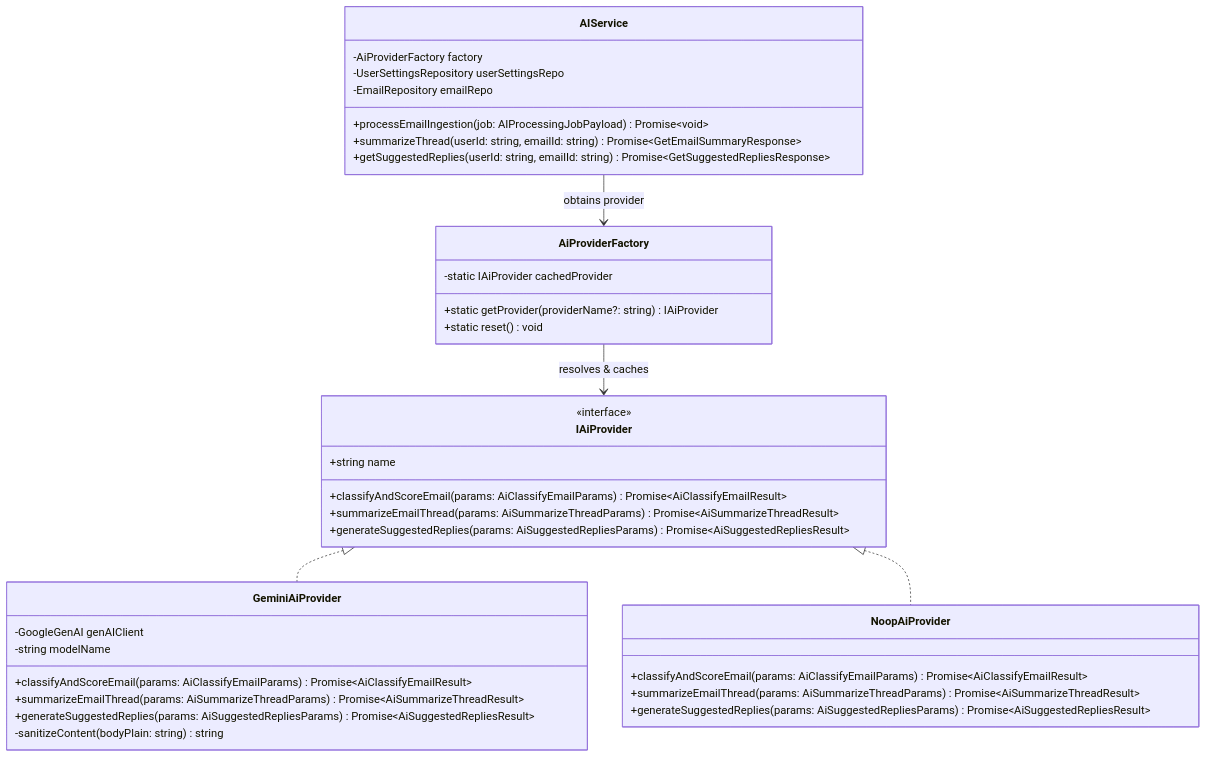
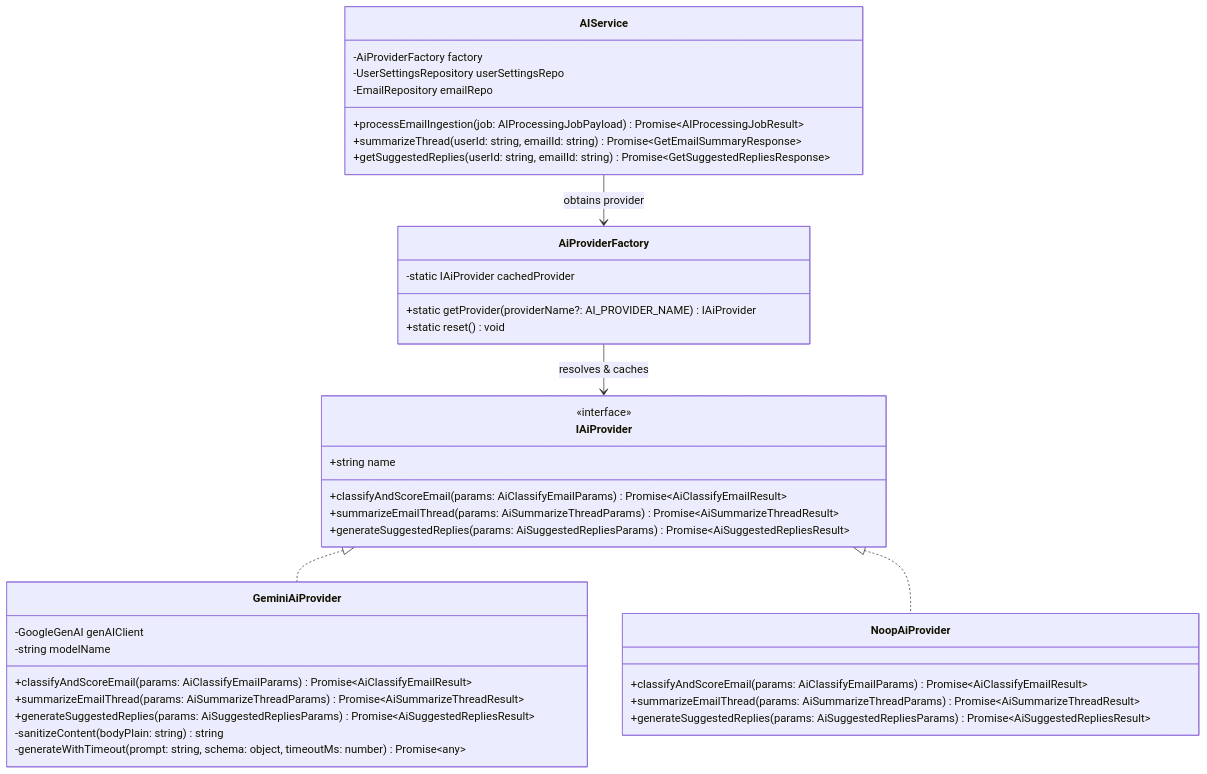
Before and after one commit to vishal-jagamani/mailsense: the second of 4 diagrams in .agents/plans/11. ai-foundation-core/implementation-plan.md, drawn with Mermaid. The commit also changed other lines of this file and 30 other files, not shown here.

````diff
--- a/.agents/plans/11. ai-foundation-core/implementation-plan.md
+++ b/.agents/plans/11. ai-foundation-core/implementation-plan.md
@@ -119,45 +123,46 @@
 ```mermaid
 classDiagram
     class IAiProvider {
         <<interface>>
         +string name
         +classifyAndScoreEmail(params: AiClassifyEmailParams) Promise~AiClassifyEmailResult~
         +summarizeEmailThread(params: AiSummarizeThreadParams) Promise~AiSummarizeThreadResult~
         +generateSuggestedReplies(params: AiSuggestedRepliesParams) Promise~AiSuggestedRepliesResult~
     }
 
     class GeminiAiProvider {
         -GoogleGenAI genAIClient
         -string modelName
         +classifyAndScoreEmail(params: AiClassifyEmailParams) Promise~AiClassifyEmailResult~
         +summarizeEmailThread(params: AiSummarizeThreadParams) Promise~AiSummarizeThreadResult~
         +generateSuggestedReplies(params: AiSuggestedRepliesParams) Promise~AiSuggestedRepliesResult~
         -sanitizeContent(bodyPlain: string) string
+        -generateWithTimeout(prompt: string, schema: object, timeoutMs: number) Promise~any~
     }
 
     class NoopAiProvider {
         +classifyAndScoreEmail(params: AiClassifyEmailParams) Promise~AiClassifyEmailResult~
         +summarizeEmailThread(params: AiSummarizeThreadParams) Promise~AiSummarizeThreadResult~
         +generateSuggestedReplies(params: AiSuggestedRepliesParams) Promise~AiSuggestedRepliesResult~
     }
 
     class AiProviderFactory {
         -static IAiProvider cachedProvider
-        +static getProvider(providerName?: string) IAiProvider
+        +static getProvider(providerName?: AI_PROVIDER_NAME) IAiProvider
         +static reset() void
     }
 
     class AIService {
         -AiProviderFactory factory
         -UserSettingsRepository userSettingsRepo
         -EmailRepository emailRepo
-        +processEmailIngestion(job: AIProcessingJobPayload) Promise~void~
+        +processEmailIngestion(job: AIProcessingJobPayload) Promise~AIProcessingJobResult~
         +summarizeThread(userId: string, emailId: string) Promise~GetEmailSummaryResponse~
         +getSuggestedReplies(userId: string, emailId: string) Promise~GetSuggestedRepliesResponse~
     }
 
     IAiProvider <|.. GeminiAiProvider
     IAiProvider <|.. NoopAiProvider
     AiProviderFactory --> IAiProvider : resolves & caches
     AIService --> AiProviderFactory : obtains provider
 ```
````
